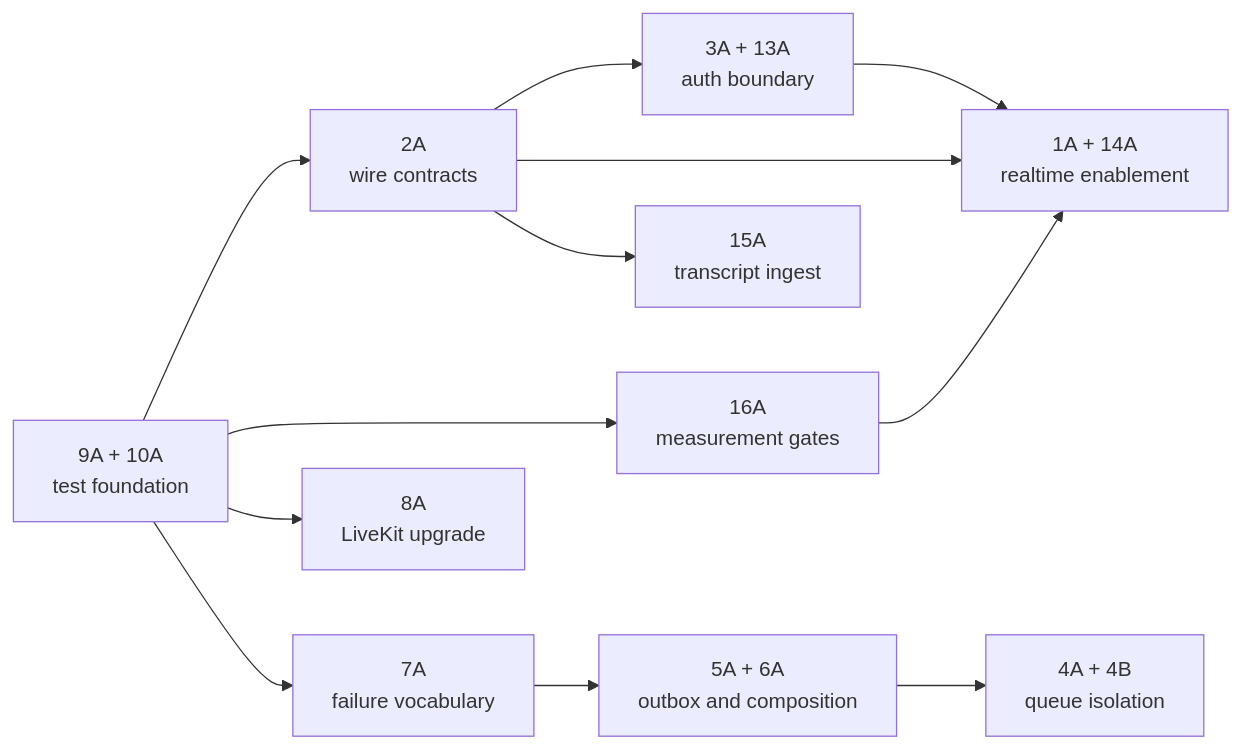
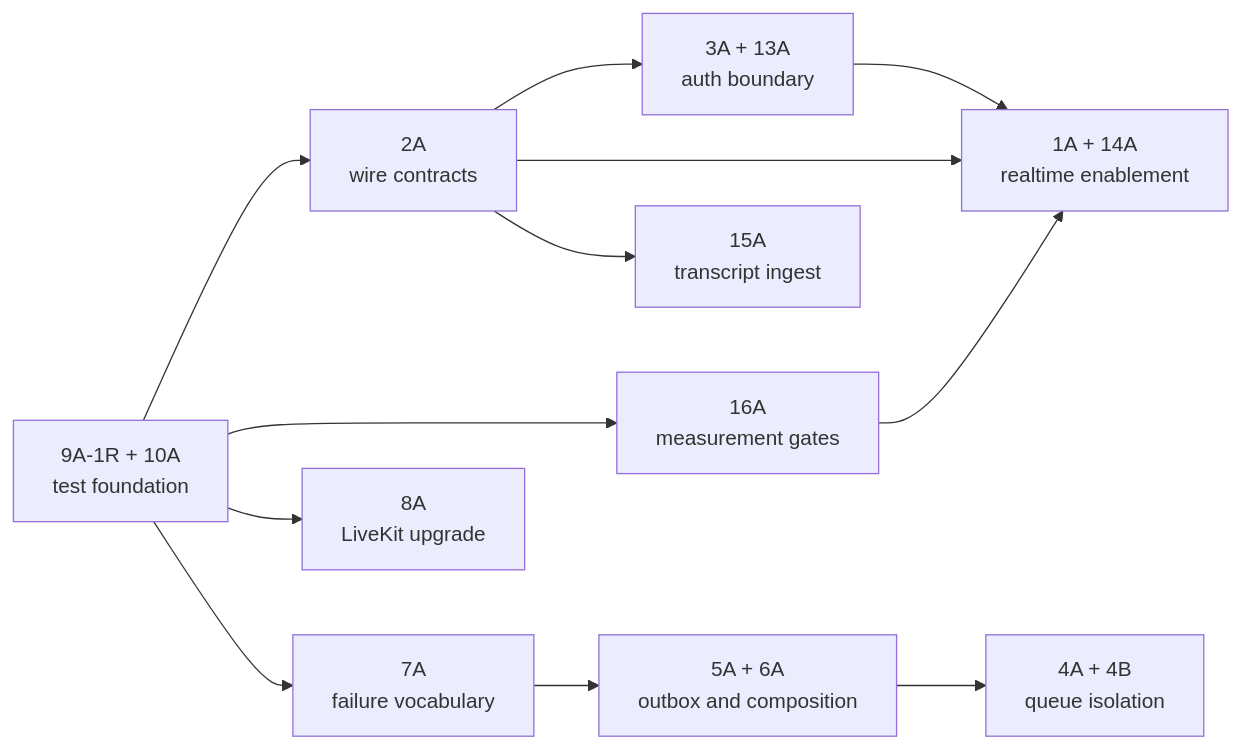
One commit to m4bulmagd/opevo changed the diagram in docs/engineering/2026-07-30-agent-api-review-decisions.md. Above: the diagram before and after it, drawn with Mermaid. The commit also changed other lines of this file and 4 other files, not shown here.

Commit message:
test: close Python foundation review findings

````diff
--- a/docs/engineering/2026-07-30-agent-api-review-decisions.md
+++ b/docs/engineering/2026-07-30-agent-api-review-decisions.md
@@ -79,14 +79,14 @@
 ```mermaid
 flowchart LR
-    T[9A + 10A<br/>test foundation] --> C[2A<br/>wire contracts]
+    T[9A-1R + 10A<br/>test foundation] --> C[2A<br/>wire contracts]
     C --> A[3A + 13A<br/>auth boundary]
     T --> E[7A<br/>failure vocabulary]
     E --> O[5A + 6A<br/>outbox and composition]
     O --> Q[4A + 4B<br/>queue isolation]
     T --> L[8A<br/>LiveKit upgrade]
     C --> I[15A<br/>transcript ingest]
     T --> P[16A<br/>measurement gates]
     A --> R[1A + 14A<br/>realtime enablement]
     C --> R
     P --> R
 ```
````
